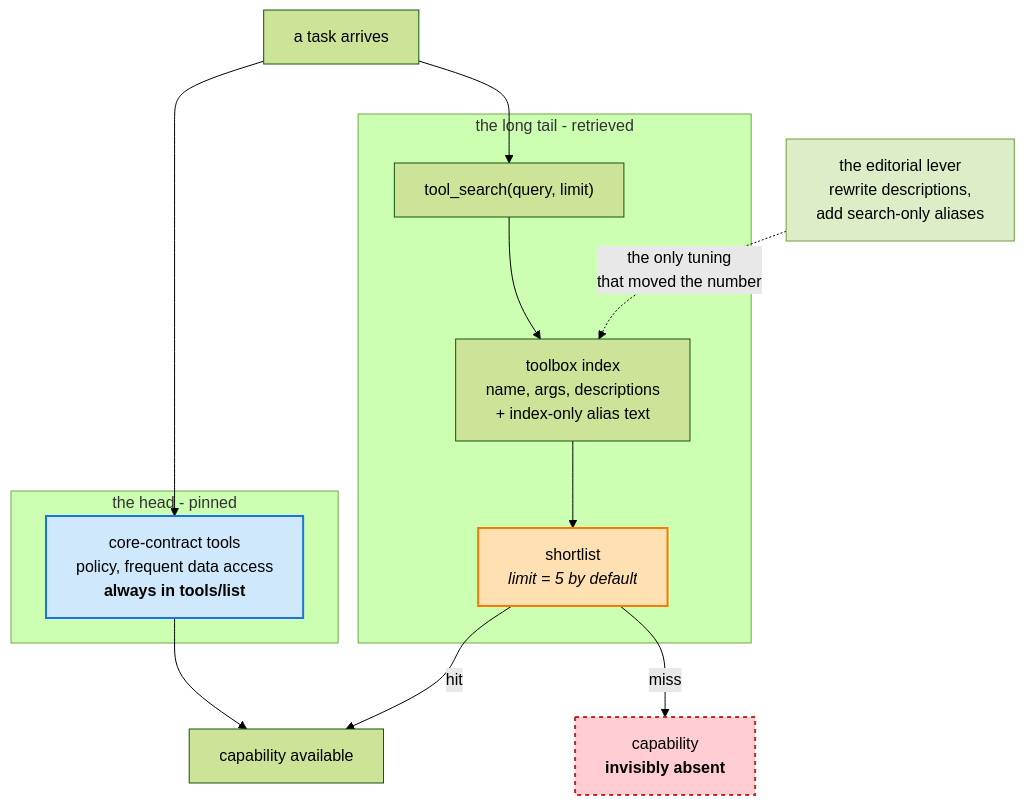
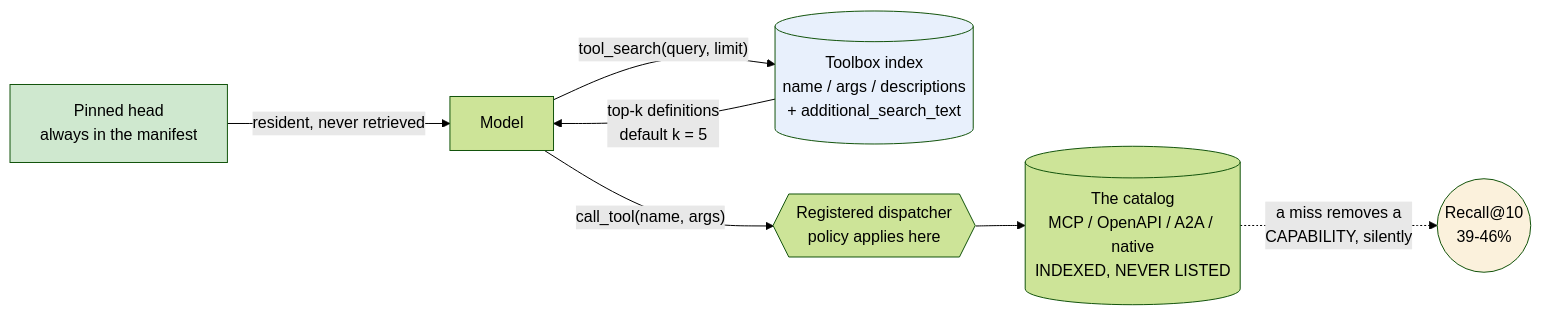
Before and after one commit to 0xchamin/mincha_brain: the second of 2 diagrams in sources/260801_tool-search-toolboxes/LEARNING.md, drawn with Mermaid (forest theme). The commit also changed other lines of this file and 7 other files, not shown here.

````diff
--- a/sources/260801_tool-search-toolboxes/LEARNING.md
+++ b/sources/260801_tool-search-toolboxes/LEARNING.md
@@ -198,29 +330,13 @@
 ```mermaid
-flowchart TD
-    Q["a task arrives"]
+flowchart LR
+    M["Model"] -->|"tool_search(query, limit)"| IDX[("Toolbox index<br/>name / args / descriptions<br/>+ additional_search_text")]
+    IDX -->|"top-k definitions<br/>default k = 5"| M
+    M -->|"call_tool(name, args)"| DISP{{"Registered dispatcher<br/>policy applies here"}}
+    DISP --> CAT[("The catalog<br/>MCP / OpenAPI / A2A / native<br/>INDEXED, NEVER LISTED")]
+    PIN["Pinned head<br/>always in the manifest"] -->|"resident, never retrieved"| M
+    CAT -.->|"a miss removes a<br/>CAPABILITY, silently"| GAP(("Recall@10<br/>39-46%"))
 
-    subgraph head["the head - pinned"]
-        P["core-contract tools<br/>policy, frequent data access<br/><b>always in tools/list</b>"]
-    end
-
-    subgraph tail["the long tail - retrieved"]
-        S["tool_search(query, limit)"]
-        IDX["toolbox index<br/>name, args, descriptions<br/>+ index-only alias text"]
-        SL["shortlist<br/><i>limit = 5 by default</i>"]
-    end
-
-    Q --> P
-    Q --> S
-    S --> IDX
-    IDX --> SL
-    P --> OK["capability available"]
-    SL -->|"hit"| OK
-    SL -->|"miss"| GONE["capability<br/><b>invisibly absent</b>"]
-
-    ED["the editorial lever<br/>rewrite descriptions,<br/>add search-only aliases"] -.->|"the only tuning<br/>that moved the number"| IDX
-
-    style P fill:#cfe8fc,stroke:#1a73e8,stroke-width:2px
-    style SL fill:#ffe0b2,stroke:#f57c00,stroke-width:2px
-    style GONE fill:#ffcdd2,stroke:#c62828,stroke-width:2px,stroke-dasharray: 4 4
-    style ED fill:#dcedc8,stroke:#689f38
+    style IDX fill:#e8f0fc
+    style PIN fill:#cfe8cf
+    style GAP fill:#fbf1dc
 ```
````
